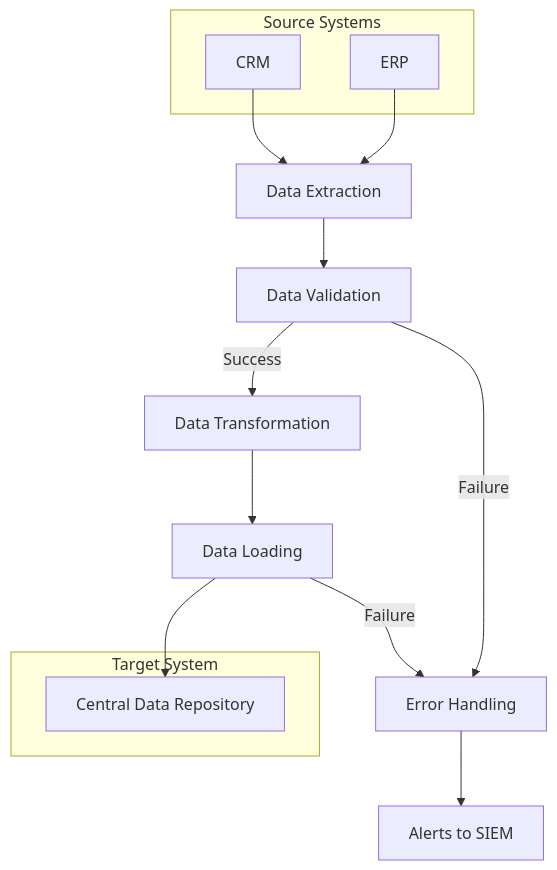
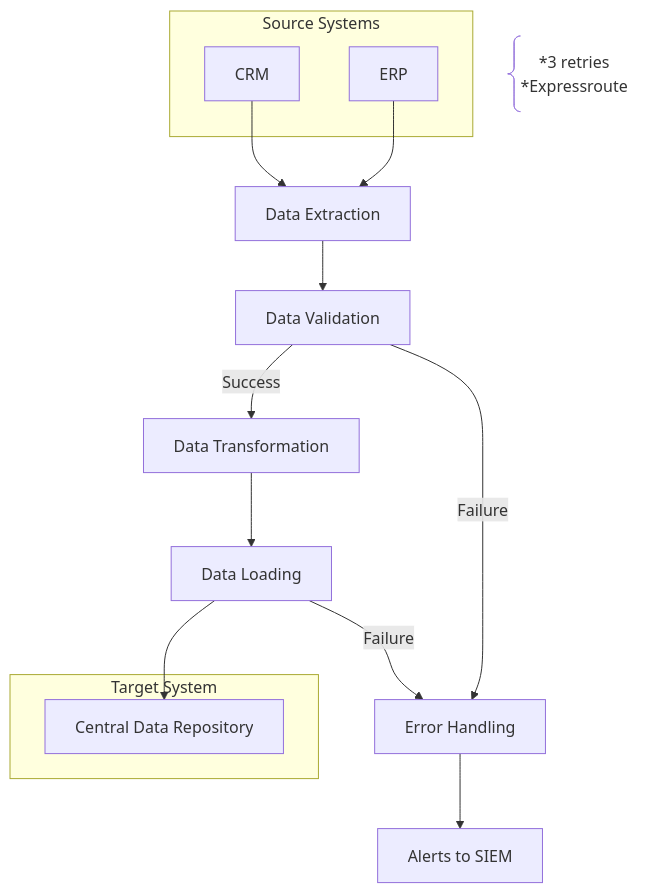
The diagram in src/2.Discovery/Templates/Flowchart_Template.md (dinushak/aisgovernance), drawn with Mermaid before and after one commit.

Commit message:
comments

````diff
--- a/src/2.Discovery/Templates/Flowchart_Template.md
+++ b/src/2.Discovery/Templates/Flowchart_Template.md
@@ -1,26 +1,28 @@
 ```mermaid
 flowchart TD
-A[Data Extraction]@{ shape: comment, label: "Apply business rules: data format validation, mandatory field checks, data completeness verification" }
-
+A[Data Extraction]
+    X@{ shape: comment, label: "*3 retries
+*Expressroute" }
     A[Data Extraction] --> B[Data Validation]
     B -->|Success| C[Data Transformation]
     B -->|Failure| E[Error Handling & Notifications]
     C --> D[Data Loading]
-
     D -->|Failure| E[Error Handling]
     E --> F[Alerts to SIEM]
 
     subgraph Source Systems
         A1[ERP]
         A2[CRM]
     end
 
     subgraph Target System
         D1[Central Data Repository]
     end
 
+
+
     A1 --> A
     A2 --> A
     D --> D1
 
 ```
````
